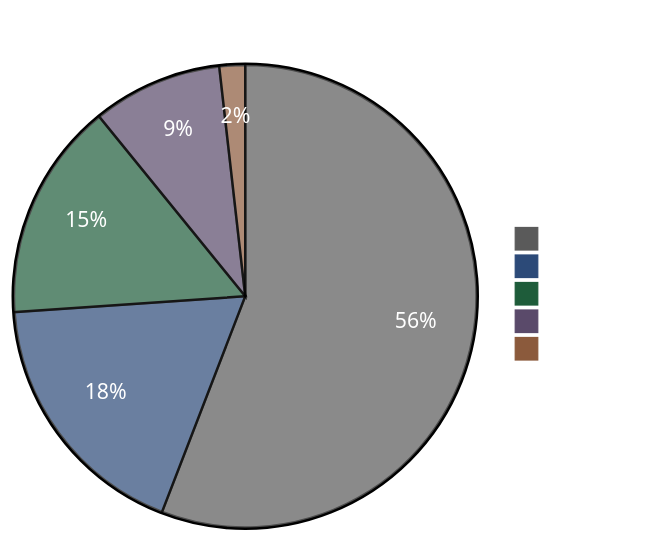
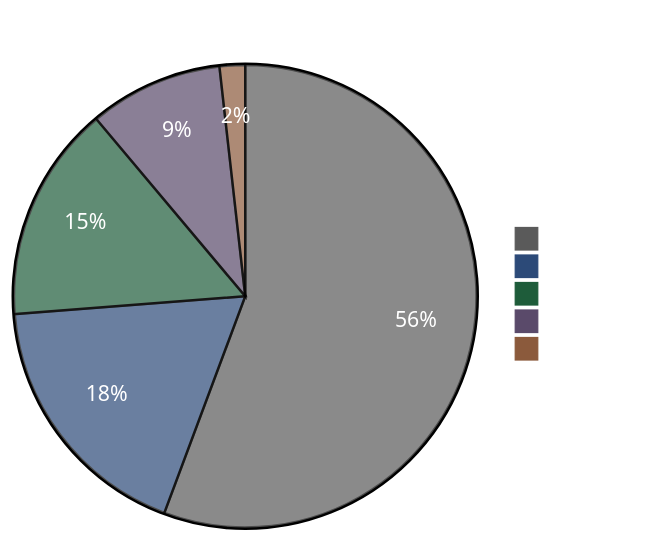
The diagram in README.md (ccmeteorljh/reco-arxiv-daily), drawn with Mermaid before and after one commit. The commit also changed other lines of this file and 7 other files, not shown here.

````diff
--- a/README.md
+++ b/README.md
@@ -6,19 +6,19 @@
 ```mermaid
 %%{init: {'theme':'base', 'themeVariables': {
   'pie1':'#5a5a5a',
   'pie2':'#2c4a78',
   'pie3':'#1e5c3a',
   'pie4':'#5a4a6a',
   'pie5':'#8b5a3c',
   'pieTitleTextColor':'#ffffff',
   'pieSectionTextColor':'#ffffff',
   'pieLegendTextColor':'#ffffff'
 }}}%%
 pie showData
 title Paper Distribution by Tag
-  "Other" : 653
-  "LLM" : 211
+  "Other" : 656
+  "LLM" : 213
   "GR" : 178
-  "Seq" : 106
+  "Seq" : 110
   "Scaling" : 21
 ```
````
